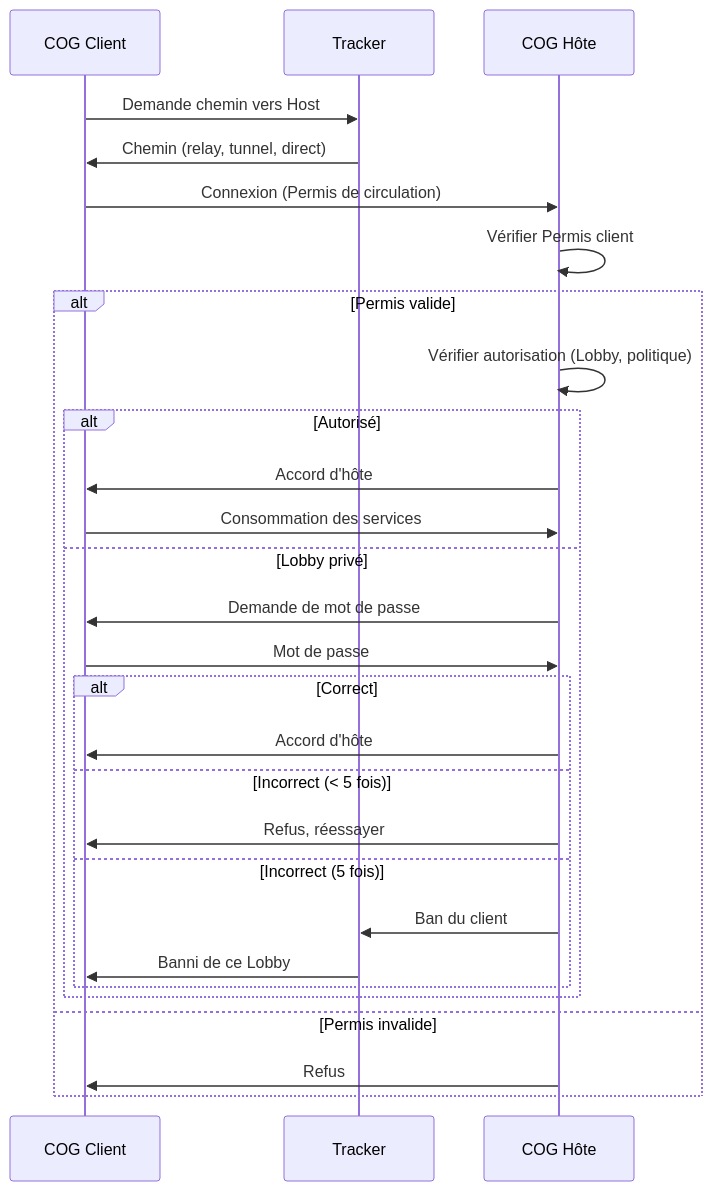
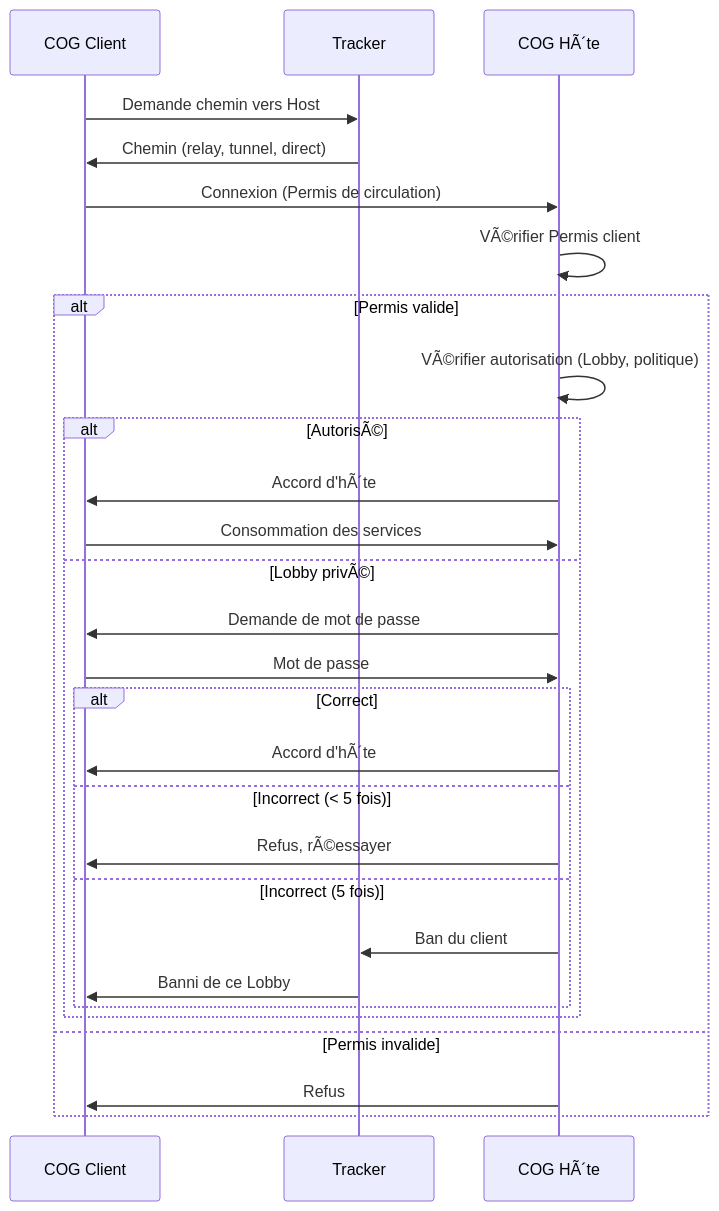
The fourth of 5 diagrams in docs/miyukini-webway-system/lobbys/MWS - Lobbys Favoris et Amis.md (StudioMiyukini/miyukini_cog), drawn with Mermaid before and after one commit. The commit also changed other lines of this file and 1287 other files, not shown here.

````diff
--- a/docs/miyukini-webway-system/lobbys/MWS - Lobbys Favoris et Amis.md
+++ b/docs/miyukini-webway-system/lobbys/MWS - Lobbys Favoris et Amis.md
@@ -182,31 +182,31 @@
 ```mermaid
 sequenceDiagram
     participant Client as COG Client
     participant T as Tracker
-    participant Host as COG Hôte
+    participant Host as COG HÃ´te
 
     Client->>T: Demande chemin vers Host
     T->>Client: Chemin (relay, tunnel, direct)
     Client->>Host: Connexion (Permis de circulation)
-    Host->>Host: Vérifier Permis client
+    Host->>Host: VÃ©rifier Permis client
     alt Permis valide
-        Host->>Host: Vérifier autorisation (Lobby, politique)
-        alt Autorisé
-            Host->>Client: Accord d'hôte
+        Host->>Host: VÃ©rifier autorisation (Lobby, politique)
+        alt AutorisÃ©
+            Host->>Client: Accord d'hÃ´te
             Client->>Host: Consommation des services
-        else Lobby privé
+        else Lobby privÃ©
             Host->>Client: Demande de mot de passe
             Client->>Host: Mot de passe
             alt Correct
-                Host->>Client: Accord d'hôte
+                Host->>Client: Accord d'hÃ´te
             else Incorrect (< 5 fois)
-                Host->>Client: Refus, réessayer
+                Host->>Client: Refus, rÃ©essayer
             else Incorrect (5 fois)
                 Host->>T: Ban du client
                 T->>Client: Banni de ce Lobby
             end
         end
     else Permis invalide
         Host->>Client: Refus
     end
 ```
````
